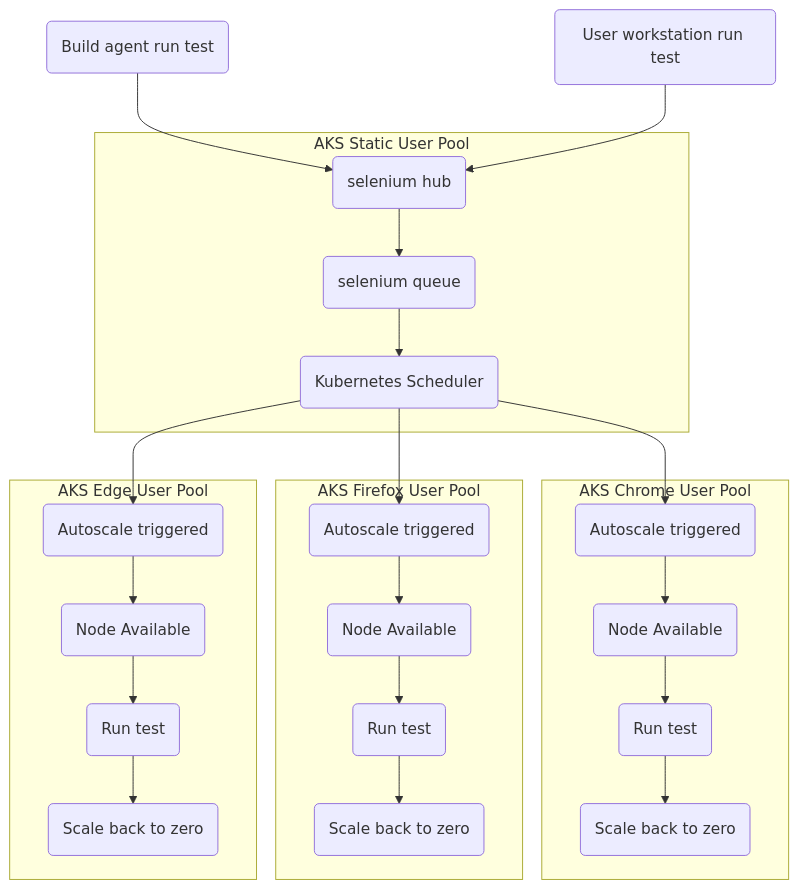
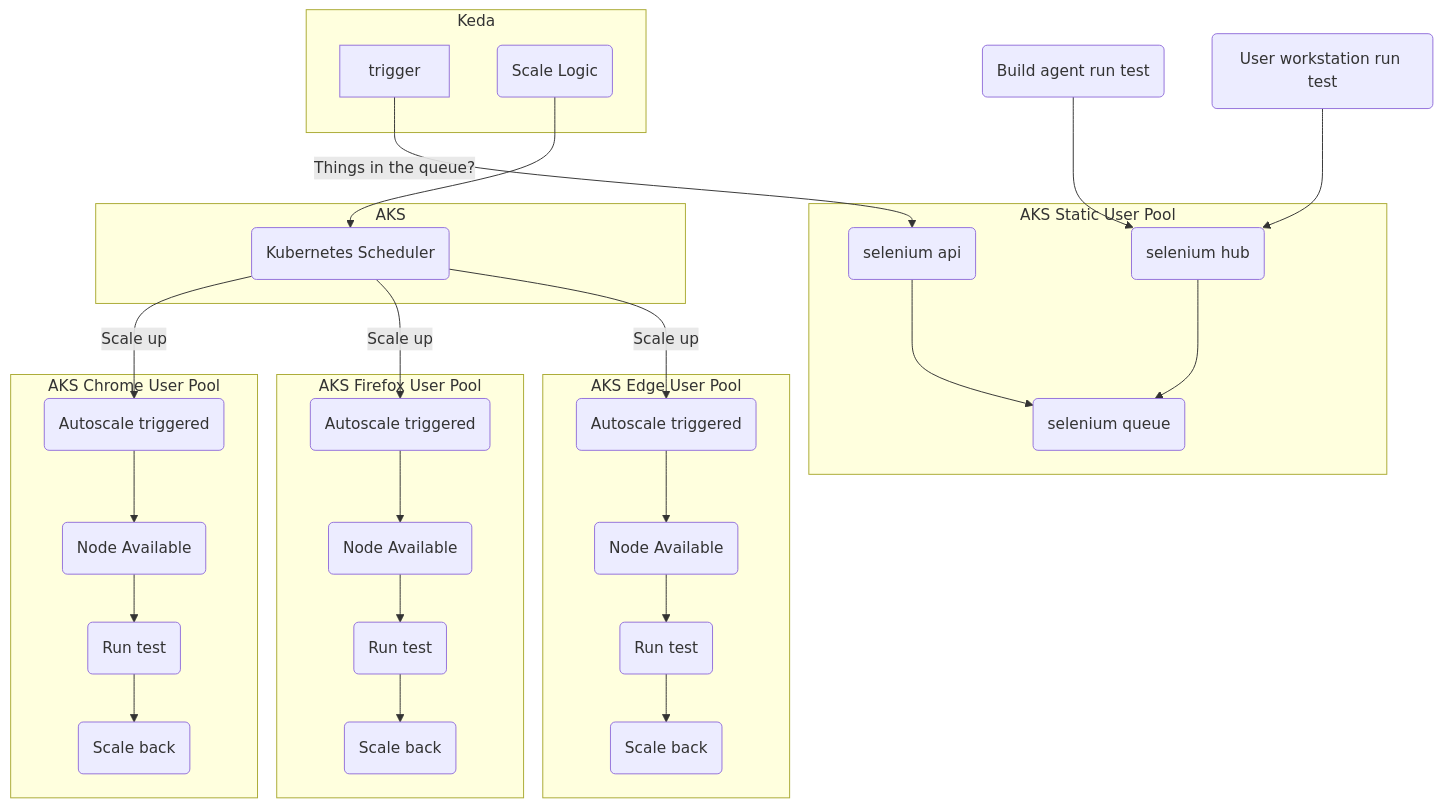
Before and after one commit to Azure-Samples/selenium-grid-aks-keda: the diagram in README.md, drawn with Mermaid.

````diff
--- a/README.md
+++ b/README.md
@@ -16,27 +16,36 @@
 ```mermaid
 graph TB
     tst(Build agent run test)--> hub
     usr(User workstation run test)--> hub
     subgraph AKS Static User Pool
     hub(selenium hub)-->queue
-    queue(selenium queue)-->sch
+    queue(selenium queue)
+    api(selenium api)-->queue
+    end
+    subgraph Keda
+    trigger-->|Things in the queue? |api
+    scale(Scale Logic)
+    end
+    subgraph AKS
+    scale-->sch
+    sch(Kubernetes Scheduler)
     end
     subgraph AKS Chrome User Pool 
-    sch(Kubernetes Scheduler)-->cse
+    sch-->|Scale up|cse
     cse(Autoscale triggered)-->cna
     cna(Node Available)-->crt(Run test)
-    crt-->csd(Scale back to zero)
+    crt-->csd(Scale back)
     end
     subgraph AKS Firefox User Pool 
-    sch(Kubernetes Scheduler)-->fse
+    sch-->|Scale up|fse
     fse(Autoscale triggered)-->fna
     fna(Node Available)-->frt(Run test)
-    frt-->fsd(Scale back to zero)
+    frt-->fsd(Scale back)
     end
     subgraph AKS Edge User Pool 
-    sch(Kubernetes Scheduler)-->ese
+    sch-->|Scale up|ese
     ese(Autoscale triggered)-->ena
     ena(Node Available)-->ert(Run test)
-    ert-->esd(Scale back to zero)
+    ert-->esd(Scale back)
     end
 ```
````
